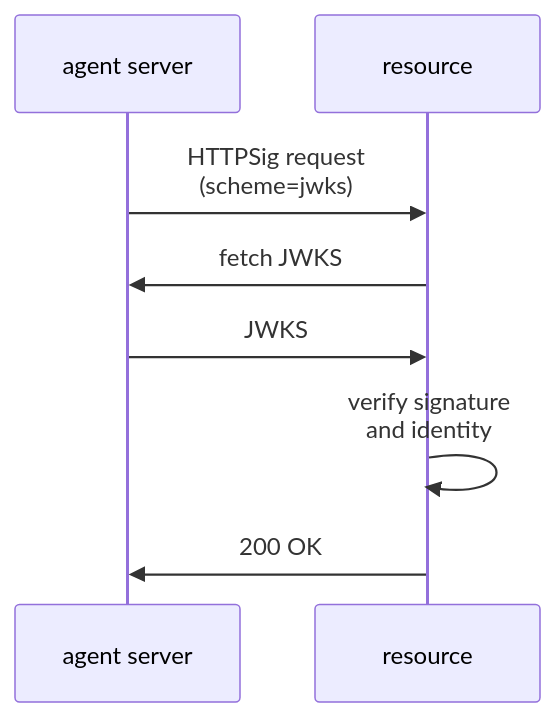
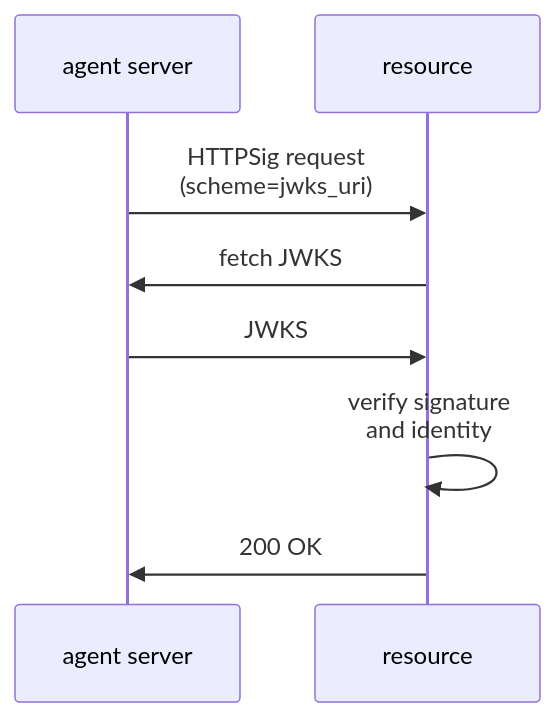
The second of 10 diagrams in README.md (dickhardt/agent-auth), drawn with Mermaid before and after one commit. The commit also changed other lines of this file and 5 other files, not shown here.

First line of the commit message:
Update jwks scheme to jwks_uri

````diff
--- a/README.md
+++ b/README.md
@@ -202,11 +202,11 @@
 ```mermaid
 sequenceDiagram
     participant Agent as agent server
     participant Resource as resource
 
-    Agent->>Resource: HTTPSig request<br/>(scheme=jwks)
+    Agent->>Resource: HTTPSig request<br/>(scheme=jwks_uri)
     Resource->>Agent: fetch JWKS
     Agent->>Resource: JWKS
     Resource->>Resource: verify signature<br/>and identity
     Resource->>Agent: 200 OK
 ```
````
